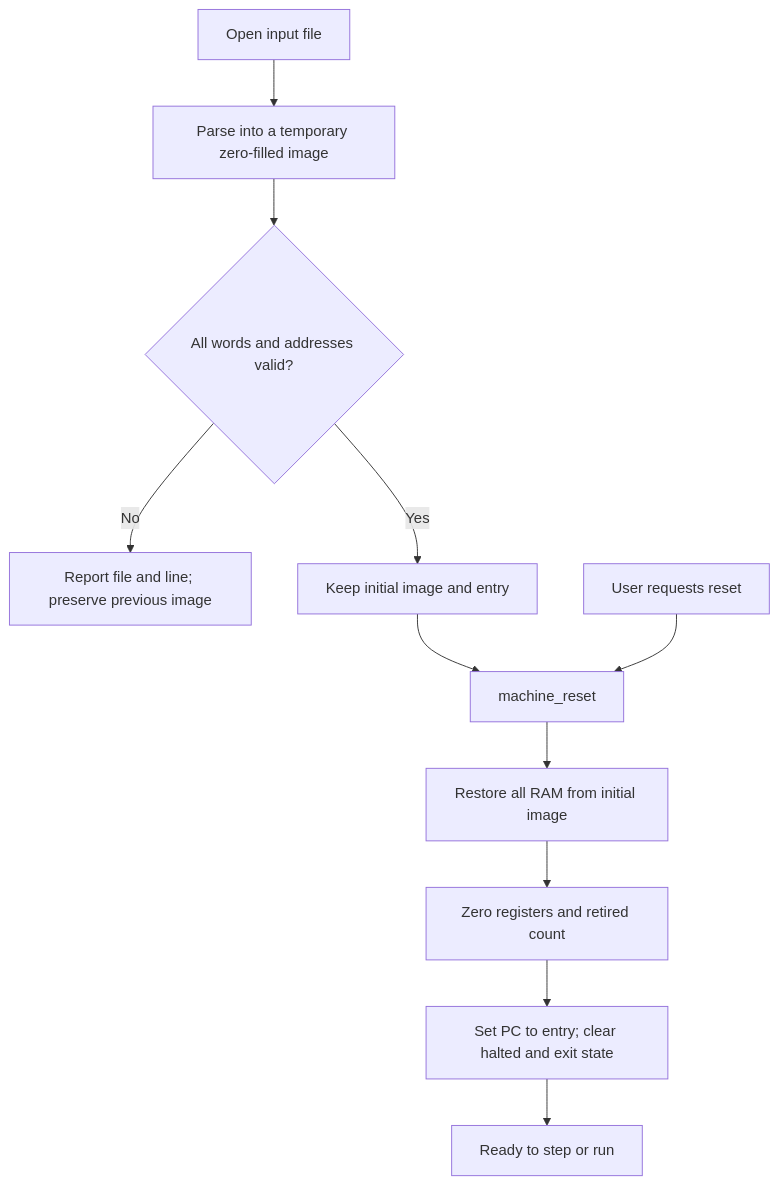
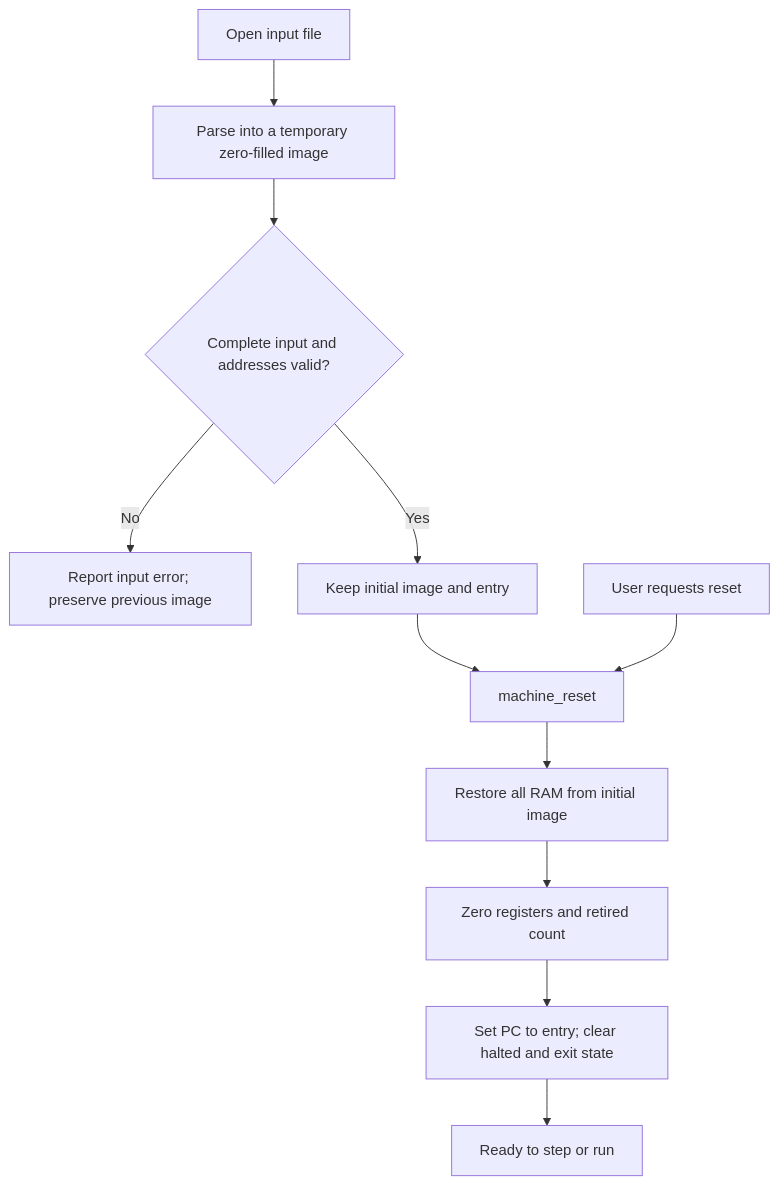
The second of 16 diagrams in docs/FLOWCHARTS.md (IcaroRamosDM/riscv32-simulator), drawn with Mermaid before and after one commit. The commit also changed other lines of this file and 48 other files, not shown here.

````diff
--- a/docs/FLOWCHARTS.md
+++ b/docs/FLOWCHARTS.md
@@ -33,13 +38,13 @@
 ```mermaid
 flowchart TD
     START["Open input file"] --> TEMP["Parse into a temporary zero-filled image"]
-    TEMP --> VALID{"All words and addresses valid?"}
-    VALID -->|No| ERROR["Report file and line; preserve previous image"]
+    TEMP --> VALID{"Complete input and addresses valid?"}
+    VALID -->|No| ERROR["Report input error; preserve previous image"]
     VALID -->|Yes| KEEP["Keep initial image and entry"]
     KEEP --> RESET["machine_reset"]
     RESET --> RAM["Restore all RAM from initial image"]
     RAM --> CPU["Zero registers and retired count"]
     CPU --> PC["Set PC to entry; clear halted and exit state"]
     PC --> READY["Ready to step or run"]
     USER["User requests reset"] --> RESET
 ```
````
